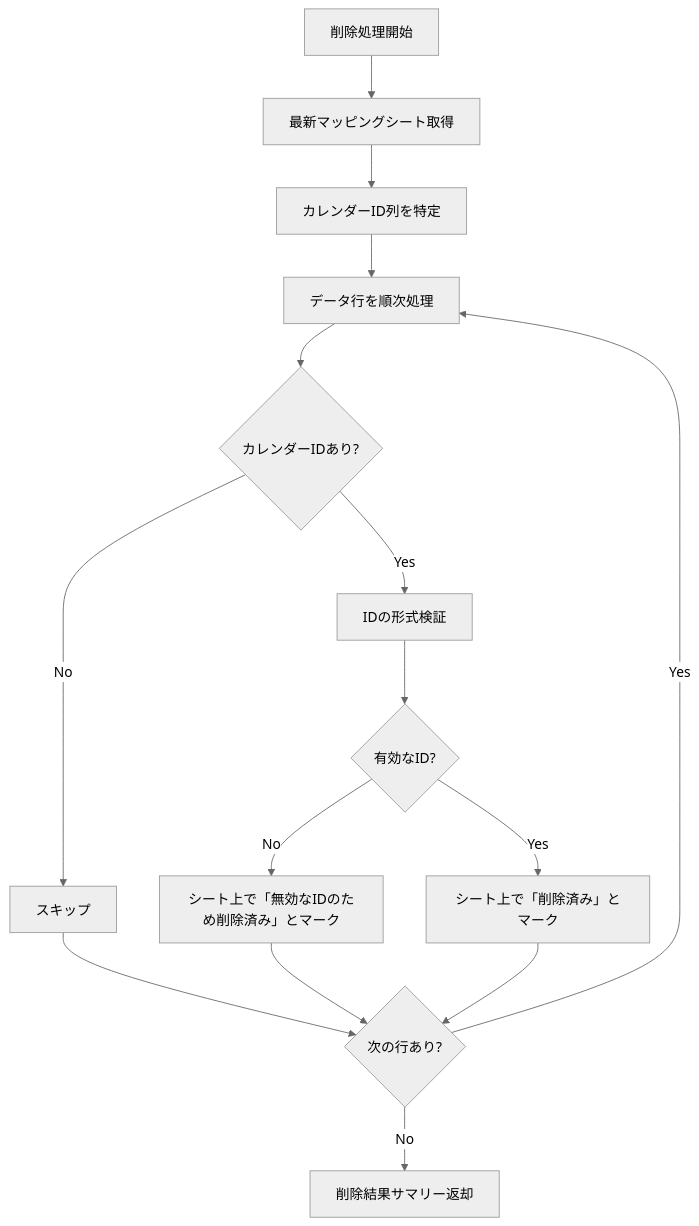
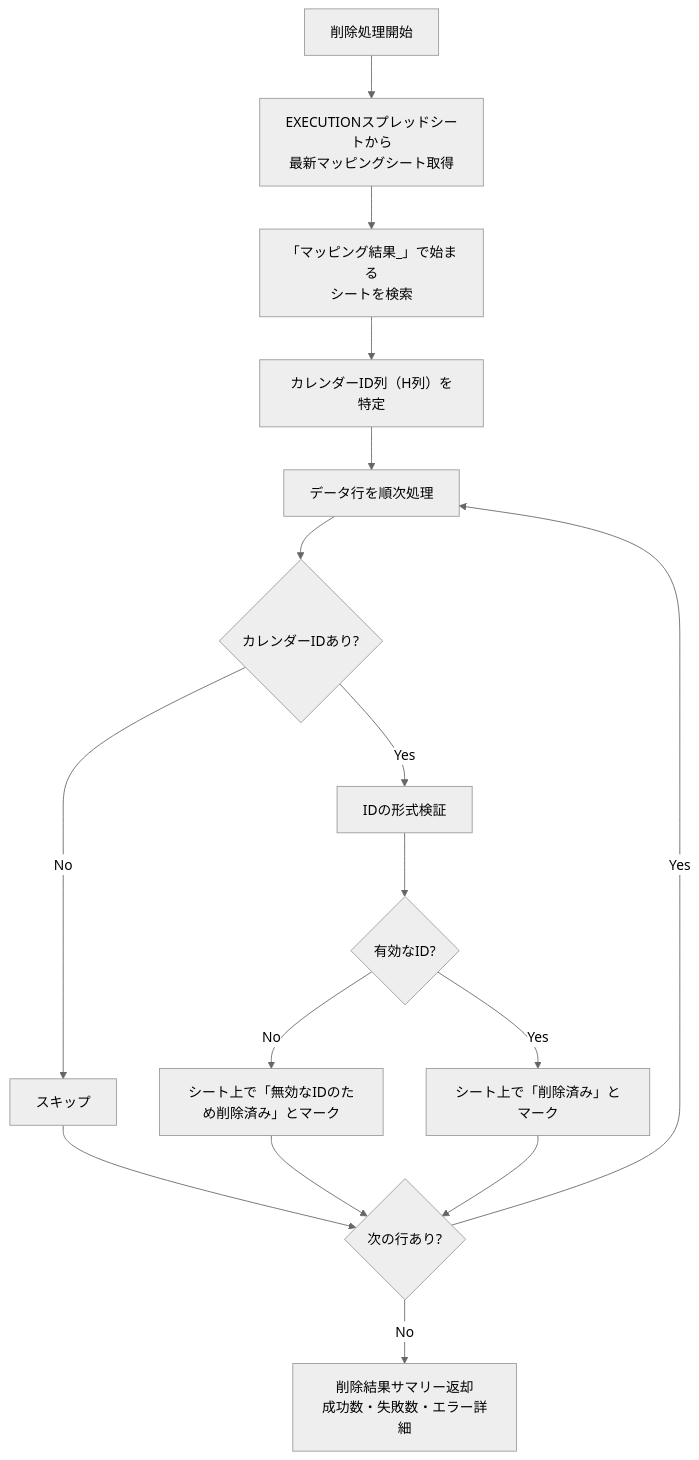
One commit to YutaImai-FLUX/flux_onb_automate changed the tenth of 10 diagrams in gas_calendar_automation.md. Above: the diagram before and after it, drawn with Mermaid (neutral theme). The commit also changed other lines of this file, not shown here.

````diff
--- a/gas_calendar_automation.md
+++ b/gas_calendar_automation.md
@@ -479,17 +484,18 @@
 ```mermaid
 flowchart TD
-    A[削除処理開始] --> B[最新マッピングシート取得]
-    B --> C[カレンダーID列を特定]
-    C --> D[データ行を順次処理]
-    D --> E{カレンダーIDあり?}
-    E -->|No| F[スキップ]
-    E -->|Yes| G[IDの形式検証]
-    G --> H{有効なID?}
-    H -->|No| I[シート上で「無効なIDのため削除済み」とマーク]
-    H -->|Yes| J[シート上で「削除済み」とマーク]
-    F --> K{次の行あり?}
-    I --> K
-    J --> K
-    K -->|Yes| D
-    K -->|No| L[削除結果サマリー返却]
+    A[削除処理開始] --> B[EXECUTIONスプレッドシートから<br/>最新マッピングシート取得]
+    B --> C[「マッピング結果_」で始まる<br/>シートを検索]
+    C --> D[カレンダーID列（H列）を特定]
+    D --> E[データ行を順次処理]
+    E --> F{カレンダーIDあり?}
+    F -->|No| G[スキップ]
+    F -->|Yes| H[IDの形式検証]
+    H --> I{有効なID?}
+    I -->|No| J[シート上で「無効なIDのため削除済み」とマーク]
+    I -->|Yes| K[シート上で「削除済み」とマーク]
+    G --> L{次の行あり?}
+    J --> L
+    K --> L
+    L -->|Yes| E
+    L -->|No| M[削除結果サマリー返却<br/>成功数・失敗数・エラー詳細]
 ```
````
